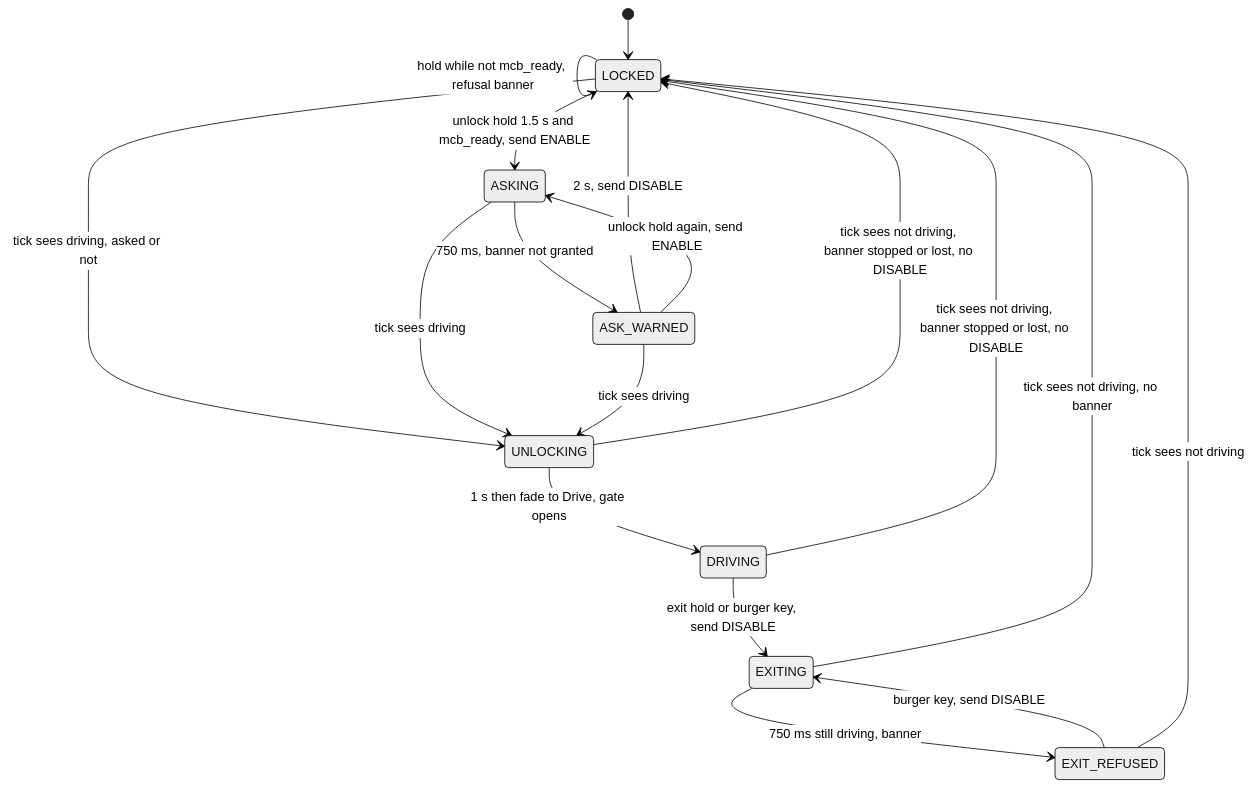
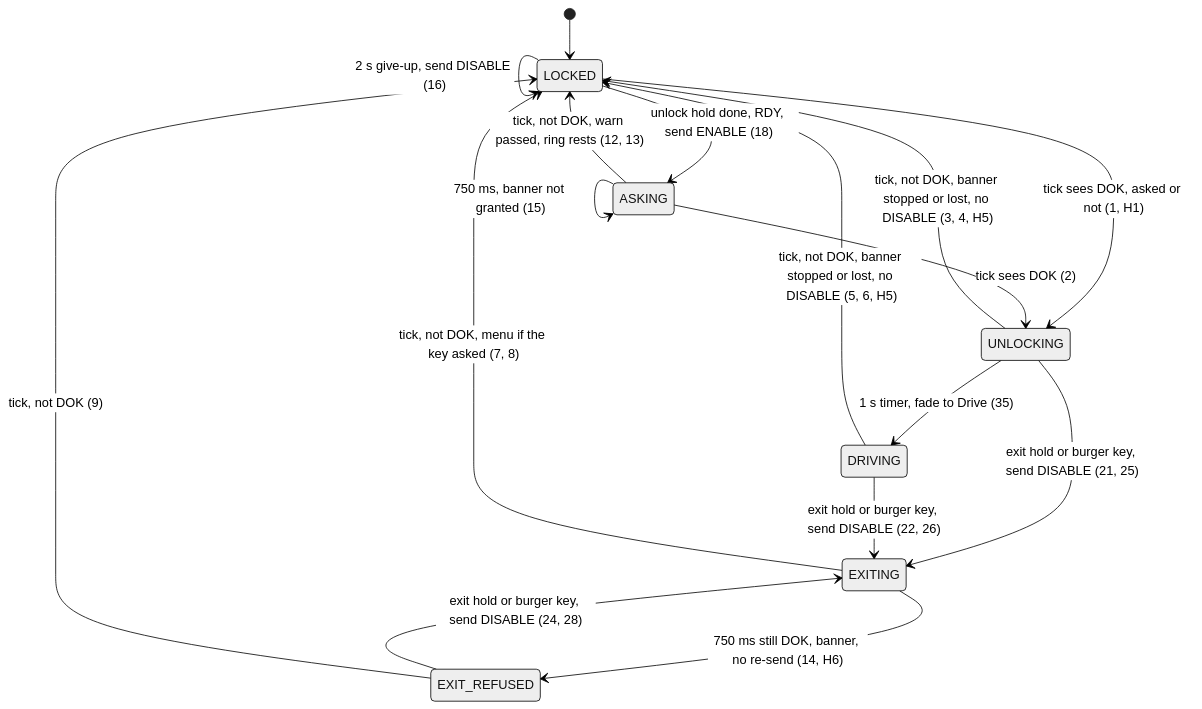
The sixth of 8 diagrams in docs/how-the-firmware-works.md (rammp-org/pace-hmi-fw), drawn with Mermaid (neutral theme) before and after one commit. The commit also changed other lines of this file, not shown here.

````diff
--- a/docs/how-the-firmware-works.md
+++ b/docs/how-the-firmware-works.md
@@ -403,20 +593,20 @@
 ```mermaid
 stateDiagram-v2
   [*] --> LOCKED
-  LOCKED --> ASKING : unlock hold 1.5 s and mcb_ready, send ENABLE
-  LOCKED --> LOCKED : hold while not mcb_ready, refusal banner
-  ASKING --> ASK_WARNED : 750 ms, banner not granted
-  ASK_WARNED --> LOCKED : 2 s, send DISABLE
-  ASK_WARNED --> ASKING : unlock hold again, send ENABLE
-  LOCKED --> UNLOCKING : tick sees driving, asked or not
-  ASKING --> UNLOCKING : tick sees driving
-  ASK_WARNED --> UNLOCKING : tick sees driving
-  UNLOCKING --> DRIVING : 1 s then fade to Drive, gate opens
-  DRIVING --> EXITING : exit hold or burger key, send DISABLE
-  EXITING --> EXIT_REFUSED : 750 ms still driving, banner
-  EXIT_REFUSED --> EXITING : burger key, send DISABLE
-  EXITING --> LOCKED : tick sees not driving, no banner
-  EXIT_REFUSED --> LOCKED : tick sees not driving
-  UNLOCKING --> LOCKED : tick sees not driving, banner stopped or lost, no DISABLE
-  DRIVING --> LOCKED : tick sees not driving, banner stopped or lost, no DISABLE
+  LOCKED --> ASKING : unlock hold done, RDY, send ENABLE (18)
+  LOCKED --> LOCKED : unlock hold done, not RDY, refusal (19)
+  LOCKED --> UNLOCKING : tick sees DOK, asked or not (1, H1)
+  ASKING --> UNLOCKING : tick sees DOK (2)
+  ASKING --> ASKING : 750 ms, banner not granted (15)
+  ASKING --> LOCKED : tick, not DOK, warn passed, ring rests (12, 13)
+  LOCKED --> LOCKED : 2 s give-up, send DISABLE (16)
+  UNLOCKING --> DRIVING : 1 s timer, fade to Drive (35)
+  UNLOCKING --> LOCKED : tick, not DOK, banner stopped or lost, no DISABLE (3, 4, H5)
+  DRIVING --> LOCKED : tick, not DOK, banner stopped or lost, no DISABLE (5, 6, H5)
+  UNLOCKING --> EXITING : exit hold or burger key, send DISABLE (21, 25)
+  DRIVING --> EXITING : exit hold or burger key, send DISABLE (22, 26)
+  EXITING --> EXIT_REFUSED : 750 ms still DOK, banner, no re-send (14, H6)
+  EXIT_REFUSED --> EXITING : exit hold or burger key, send DISABLE (24, 28)
+  EXITING --> LOCKED : tick, not DOK, menu if the key asked (7, 8)
+  EXIT_REFUSED --> LOCKED : tick, not DOK (9)
 ```
````
